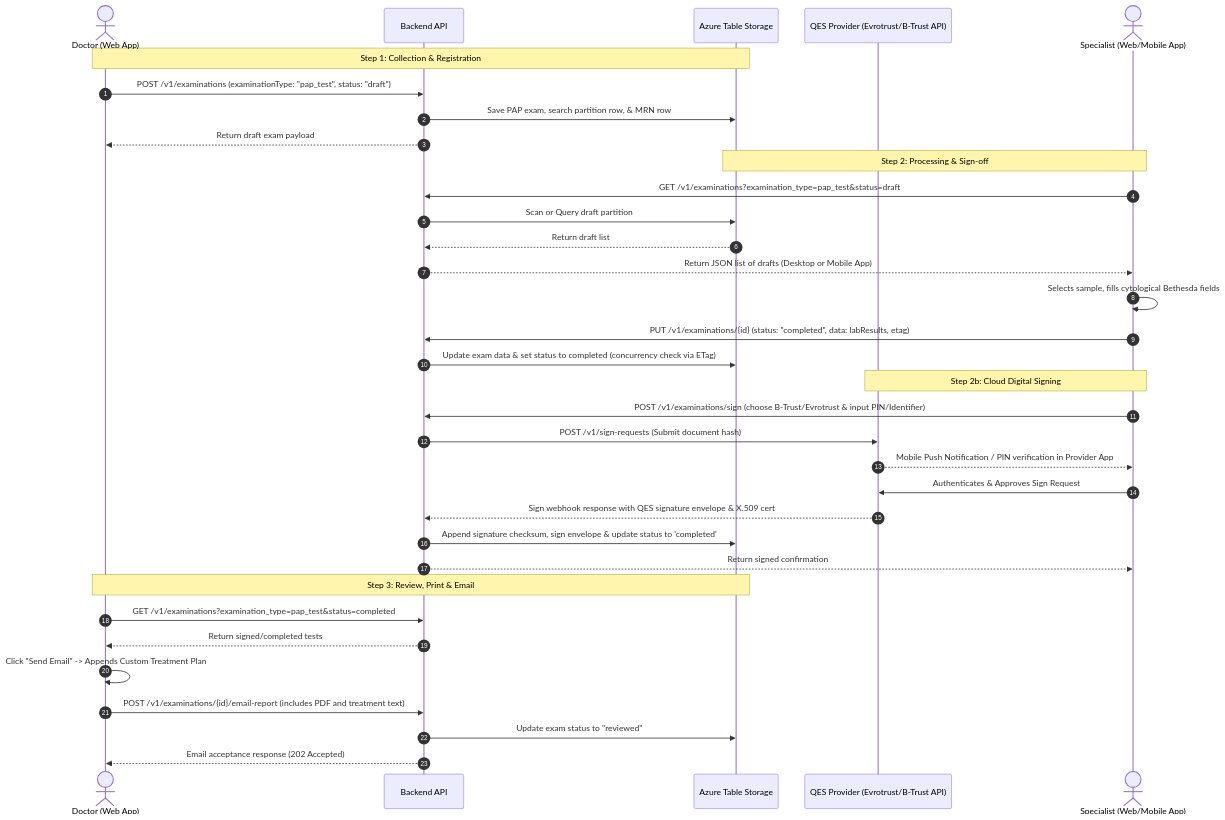
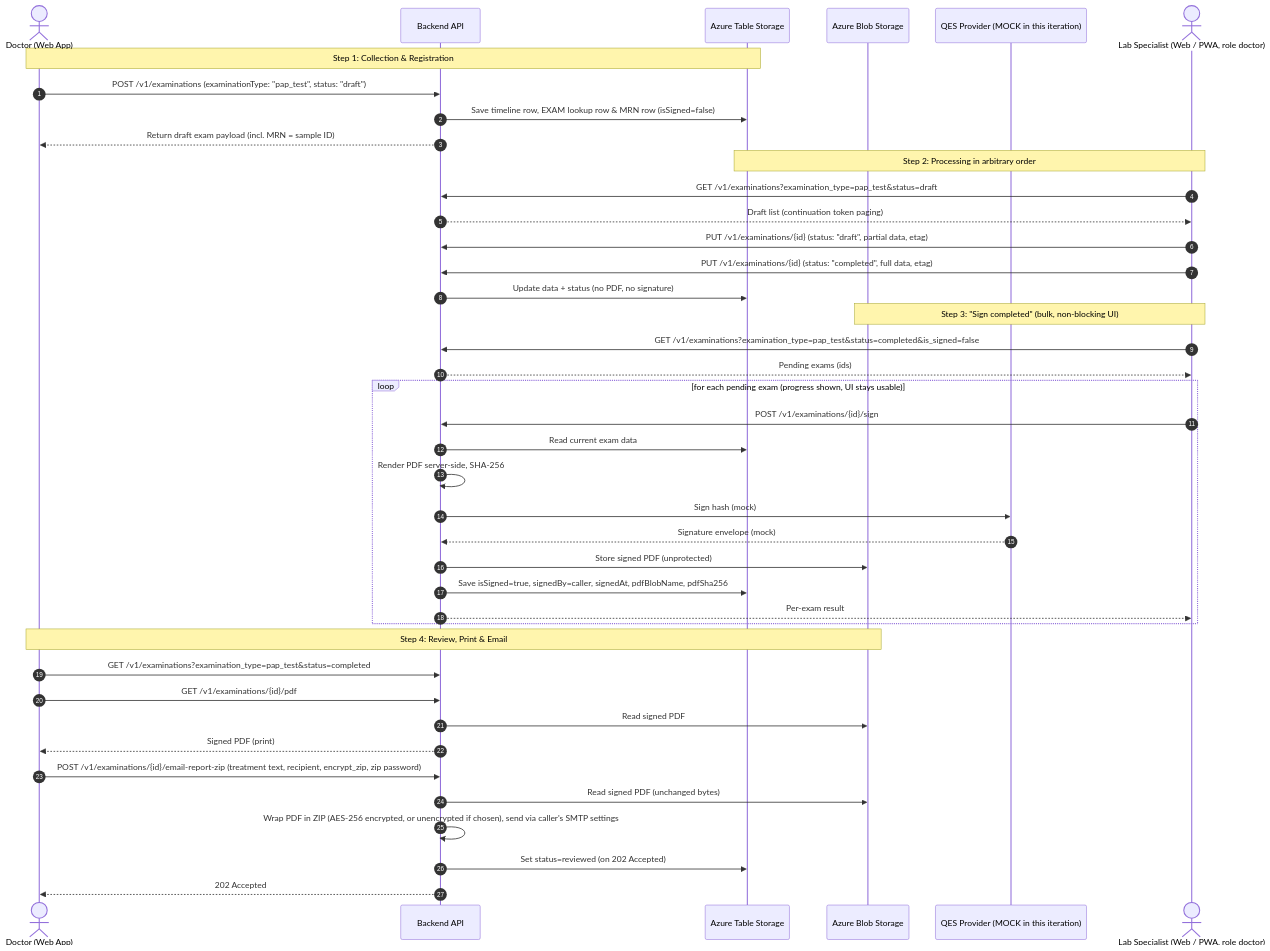
The diagram in docs2/PAP-TEST-USER-STORIES.md (mbelianov/ag-forms), drawn with Mermaid before and after one commit. The commit also changed other lines of this file and 6 other files, not shown here.

Commit message:
docs: PAP test user stories finalized

````diff
--- a/docs2/PAP-TEST-USER-STORIES.md
+++ b/docs2/PAP-TEST-USER-STORIES.md
@@ -15,40 +37,47 @@
 ```mermaid
 sequenceDiagram
     autonumber
     actor Doctor as Doctor (Web App)
     participant API as Backend API
     participant DB as Azure Table Storage
-    participant QES as QES Provider (Evrotrust/B-Trust API)
-    actor Specialist as Specialist (Web/Mobile App)
+    participant Blob as Azure Blob Storage
+    participant QES as QES Provider (MOCK in this iteration)
+    actor Specialist as Lab Specialist (Web / PWA, role doctor)
 
     Note over Doctor, DB: Step 1: Collection & Registration
     Doctor->>API: POST /v1/examinations (examinationType: "pap_test", status: "draft")
-    API->>DB: Save PAP exam, search partition row, & MRN row
-    API-->>Doctor: Return draft exam payload
+    API->>DB: Save timeline row, EXAM lookup row & MRN row (isSigned=false)
+    API-->>Doctor: Return draft exam payload (incl. MRN = sample ID)
 
-    Note over Specialist, DB: Step 2: Processing & Sign-off
+    Note over Specialist, DB: Step 2: Processing in arbitrary order
     Specialist->>API: GET /v1/examinations?examination_type=pap_test&status=draft
-    API->>DB: Scan or Query draft partition
-    DB-->>API: Return draft list
-    API-->>Specialist: Return JSON list of drafts (Desktop or Mobile App)
-    Specialist->>Specialist: Selects sample, fills cytological Bethesda fields
-    Specialist->>API: PUT /v1/examinations/{id} (status: "completed", data: labResults, etag)
-    API->>DB: Update exam data & set status to completed (concurrency check via ETag)
-    
-    Note over Specialist, QES: Step 2b: Cloud Digital Signing
-    Specialist->>API: POST /v1/examinations/sign (choose B-Trust/Evrotrust & input PIN/Identifier)
-    API->>QES: POST /v1/sign-requests (Submit document hash)
-    QES-->>Specialist: Mobile Push Notification / PIN verification in Provider App
-    Specialist->>QES: Authenticates & Approves Sign Request
-    QES-->>API: Sign webhook response with QES signature envelope & X.509 cert
-    API->>DB: Append signature checksum, sign envelope & update status to 'completed'
-    API-->>Specialist: Return signed confirmation
+    API-->>Specialist: Draft list (continuation token paging)
+    Specialist->>API: PUT /v1/examinations/{id} (status: "draft", partial data, etag)
+    Specialist->>API: PUT /v1/examinations/{id} (status: "completed", full data, etag)
+    API->>DB: Update data + status (no PDF, no signature)
 
-    Note over Doctor, DB: Step 3: Review, Print & Email
+    Note over Specialist, Blob: Step 3: "Sign completed" (bulk, non-blocking UI)
+    Specialist->>API: GET /v1/examinations?examination_type=pap_test&status=completed&is_signed=false
+    API-->>Specialist: Pending exams (ids)
+    loop for each pending exam (progress shown, UI stays usable)
+        Specialist->>API: POST /v1/examinations/{id}/sign
+        API->>DB: Read current exam data
+        API->>API: Render PDF server-side, SHA-256
+        API->>QES: Sign hash (mock)
+        QES-->>API: Signature envelope (mock)
+        API->>Blob: Store signed PDF (unprotected)
+        API->>DB: Save isSigned=true, signedBy=caller, signedAt, pdfBlobName, pdfSha256
+        API-->>Specialist: Per-exam result
+    end
+
+    Note over Doctor, Blob: Step 4: Review, Print & Email
     Doctor->>API: GET /v1/examinations?examination_type=pap_test&status=completed
-    API-->>Doctor: Return signed/completed tests
-    Doctor->>Doctor: Click "Send Email" -> Appends Custom Treatment Plan
-    Doctor->>API: POST /v1/examinations/{id}/email-report (includes PDF and treatment text)
-    API->>DB: Update exam status to "reviewed"
-    API-->>Doctor: Email acceptance response (202 Accepted)
+    Doctor->>API: GET /v1/examinations/{id}/pdf
+    API->>Blob: Read signed PDF
+    API-->>Doctor: Signed PDF (print)
+    Doctor->>API: POST /v1/examinations/{id}/email-report-zip (treatment text, recipient, encrypt_zip, zip password)
+    API->>Blob: Read signed PDF (unchanged bytes)
+    API->>API: Wrap PDF in ZIP (AES-256 encrypted, or unencrypted if chosen), send via caller's SMTP settings
+    API->>DB: Set status=reviewed (on 202 Accepted)
+    API-->>Doctor: 202 Accepted
 ```
````
